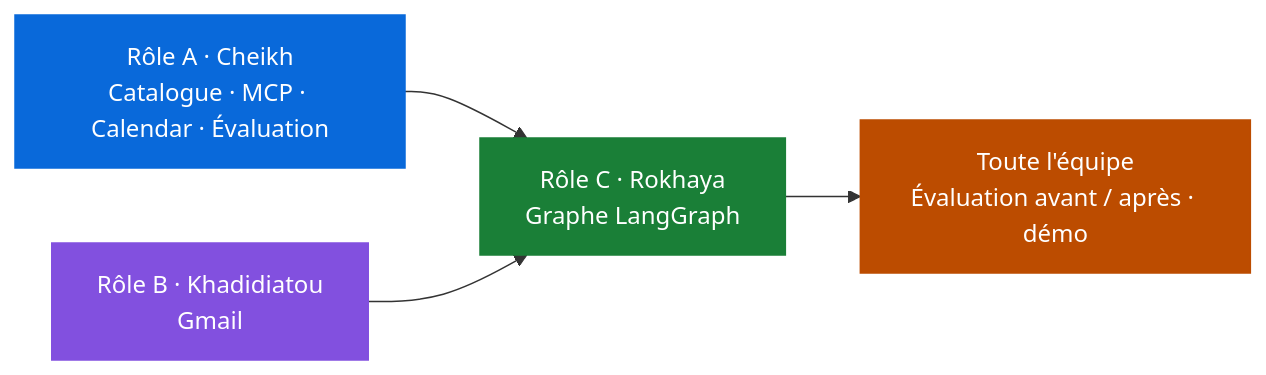
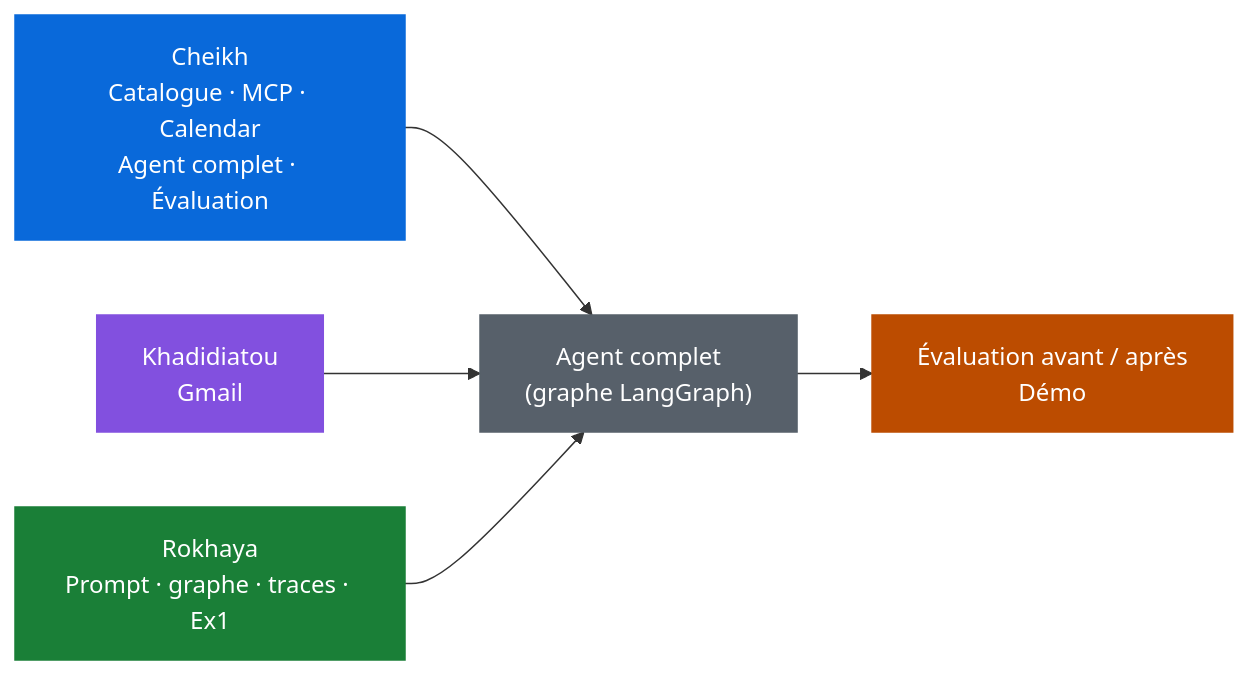
One commit to khadijagueye235/sama-ker-agent changed the fourth of 7 diagrams in README.md. Above: the diagram before and after it, drawn with Mermaid. The commit also changed other lines of this file and 16 other files, not shown here.

Commit message:
Évaluation après correction (14/15 emails) et README : agent complet, captures, résultats, répartition des tâches

````diff
--- a/README.md
+++ b/README.md
@@ -190,10 +190,12 @@
 ```mermaid
 flowchart LR
-    A["Rôle A · Cheikh<br/>Catalogue · MCP · Calendar · Évaluation"] --> C["Rôle C · Rokhaya<br/>Graphe LangGraph"]
-    B["Rôle B · Khadidiatou<br/>Gmail"] --> C
-    C --> E["Toute l'équipe<br/>Évaluation avant / après · démo"]
+    A["Cheikh<br/>Catalogue · MCP · Calendar<br/>Agent complet · Évaluation"] --> G["Agent complet<br/>(graphe LangGraph)"]
+    B["Khadidiatou<br/>Gmail"] --> G
+    C["Rokhaya<br/>Prompt · graphe · traces · Ex1"] --> G
+    G --> E["Évaluation avant / après<br/>Démo"]
     style A fill:#0969da,color:#fff,stroke:#0969da
     style B fill:#8250df,color:#fff,stroke:#8250df
     style C fill:#1a7f37,color:#fff,stroke:#1a7f37
+    style G fill:#57606a,color:#fff,stroke:#57606a
     style E fill:#bc4c00,color:#fff,stroke:#bc4c00
 ```
````
